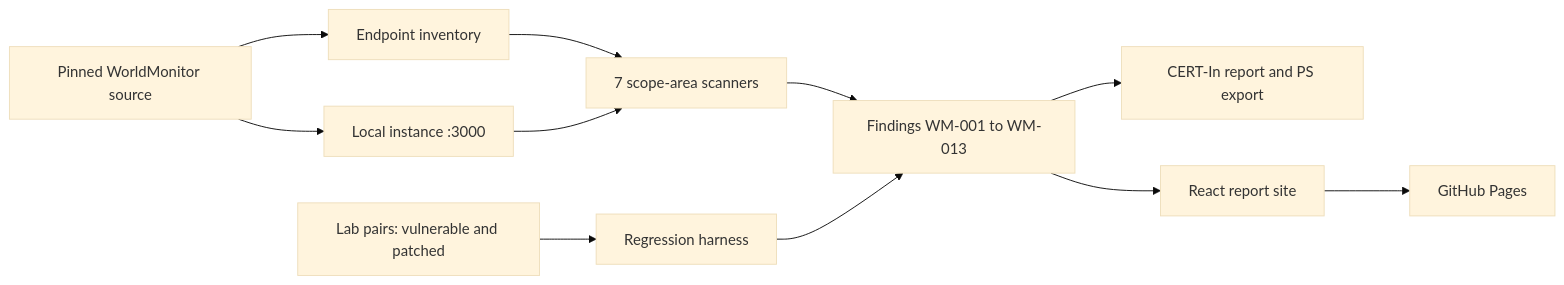
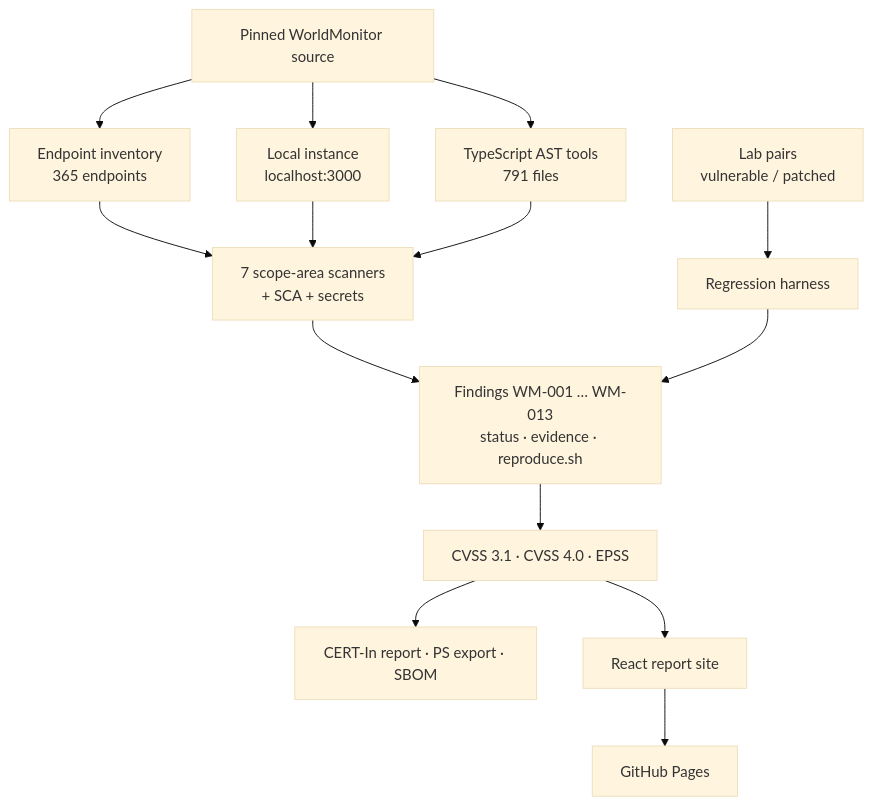
The first of 2 diagrams in README.md (ArushJain-697/SIH-2026), drawn with Mermaid (base theme) before and after one commit. The commit also changed other lines of this file, not shown here.

````diff
--- a/README.md
+++ b/README.md
@@ -57,13 +97,16 @@
 ```mermaid
-flowchart LR
-    S[Pinned WorldMonitor source] --> I[Endpoint inventory]
-    S --> T[Local instance :3000]
-    I --> A[7 scope-area scanners]
-    T --> A
-    A --> F[Findings WM-001 to WM-013]
-    L[Lab pairs: vulnerable and patched] --> H[Regression harness]
+flowchart TD
+    S[Pinned WorldMonitor source] --> I[Endpoint inventory<br/>365 endpoints]
+    S --> T[Local instance<br/>localhost:3000]
+    S --> AST[TypeScript AST tools<br/>791 files]
+    I --> SC[7 scope-area scanners<br/>+ SCA + secrets]
+    T --> SC
+    AST --> SC
+    SC --> F[Findings WM-001 … WM-013<br/>status · evidence · reproduce.sh]
+    F --> SCORE[CVSS 3.1 · CVSS 4.0 · EPSS]
+    L[Lab pairs<br/>vulnerable / patched] --> H[Regression harness]
     H --> F
-    F --> R[CERT-In report and PS export]
-    F --> W[React report site]
+    SCORE --> R[CERT-In report · PS export · SBOM]
+    SCORE --> W[React report site]
     W --> P[GitHub Pages]
 ```
````
